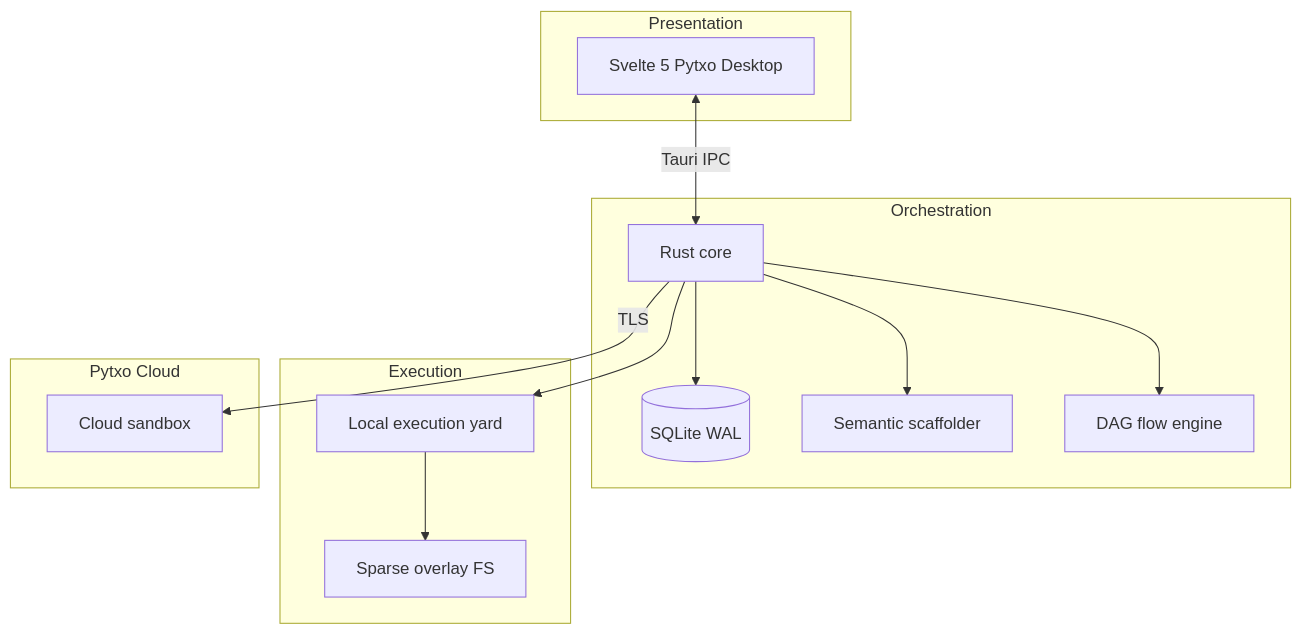
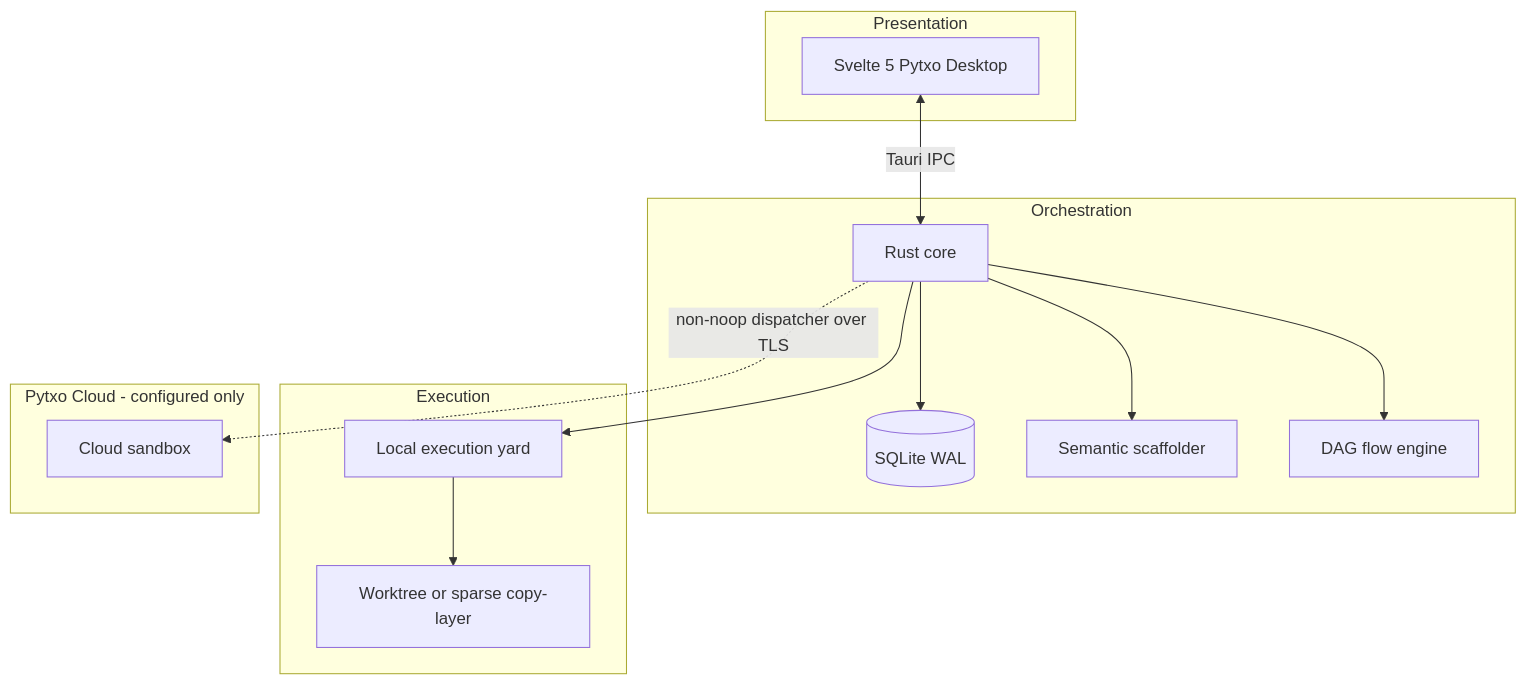
One commit to Pytxo-dev/pytxo changed the diagram in docs/04-architecture/c4-container.md. Above: the diagram before and after it, drawn with Mermaid. The commit also changed other lines of this file and 127 other files, not shown here.

````diff
--- a/docs/04-architecture/c4-container.md
+++ b/docs/04-architecture/c4-container.md
@@ -15,27 +15,27 @@
 ```mermaid
 flowchart TB
   subgraph presentation [Presentation]
     ui[Svelte 5 Pytxo Desktop]
   end
   subgraph orchestration [Orchestration]
     core[Rust core]
     wal[(SQLite WAL)]
     scaffold[Semantic scaffolder]
     dag[DAG flow engine]
   end
   subgraph execution [Execution]
     yard[Local execution yard]
-    overlay[Sparse overlay FS]
+    overlay[Worktree or sparse copy-layer]
   end
-  subgraph cloud [Pytxo Cloud]
+  subgraph cloud [Pytxo Cloud - configured only]
     sandbox[Cloud sandbox]
   end
 
   ui <-->|Tauri IPC| core
   core --> wal
   core --> scaffold
   core --> dag
   core --> yard
   yard --> overlay
-  core -->|TLS| sandbox
+  core -.->|non-noop dispatcher over TLS| sandbox
 ```
````
